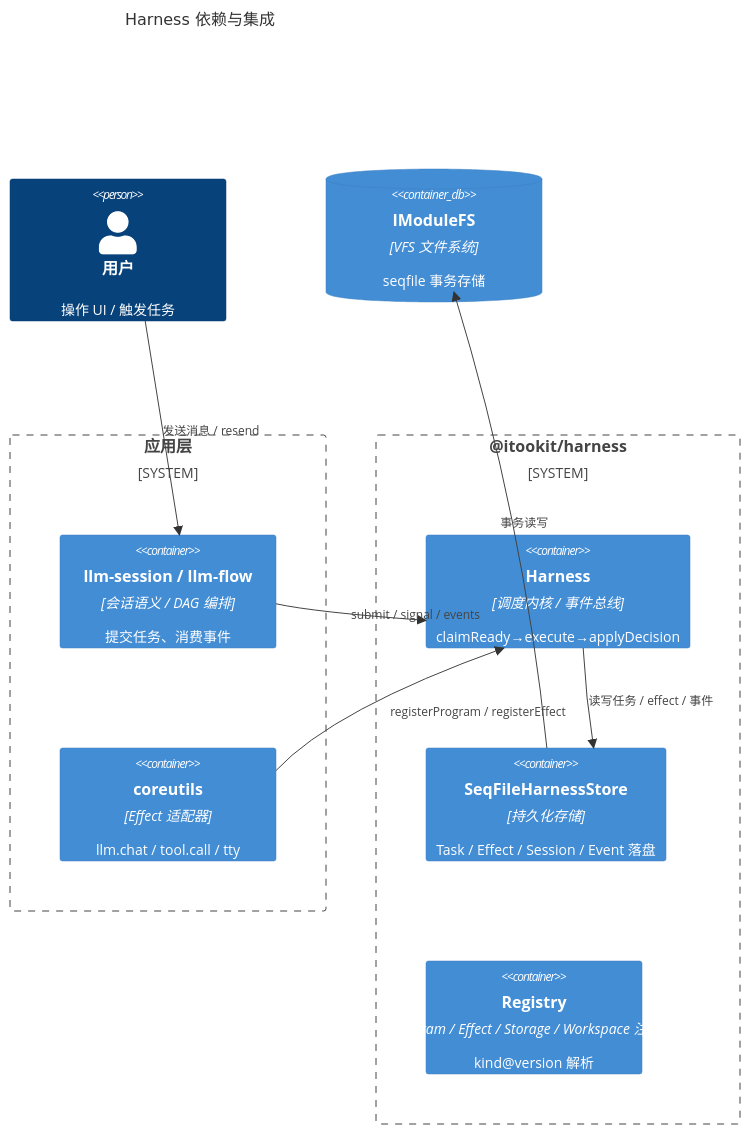
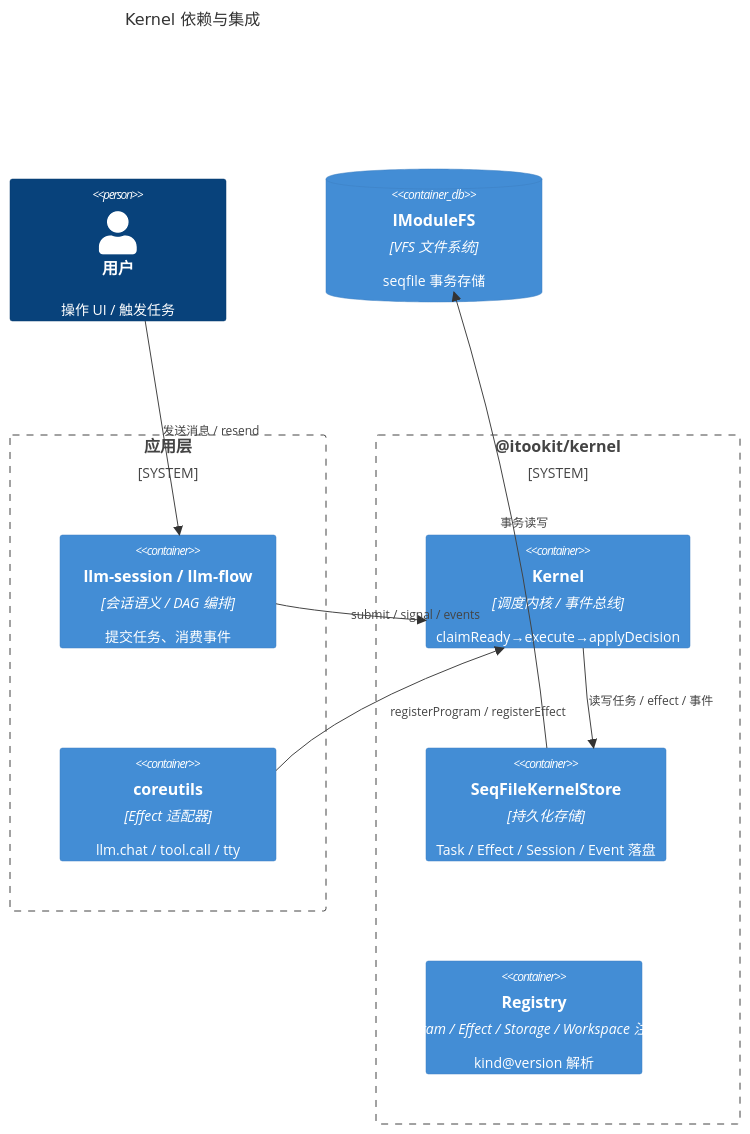
One commit to mushuanli/itookit changed the third of 9 diagrams in doc/feat/harness-design.md. Above: the diagram before and after it, drawn with Mermaid. The commit also changed other lines of this file and 474 other files, not shown here.

````diff
--- a/doc/feat/harness-design.md
+++ b/doc/feat/harness-design.md
@@ -115,22 +115,22 @@
 ```mermaid
 C4Context
-  title Harness 依赖与集成
+  title Kernel 依赖与集成
 
   Person(user, "用户", "操作 UI / 触发任务")
   System_Boundary(app, "应用层") {
     Container(llmconv, "llm-session / llm-flow", "会话语义 / DAG 编排", "提交任务、消费事件")
     Container(coreutils, "coreutils", "Effect 适配器", "llm.chat / tool.call / tty")
   }
-  System_Boundary(harness, "@itookit/harness") {
-    Container(kernel, "Harness", "调度内核 / 事件总线", "claimReady→execute→applyDecision")
-    Container(store, "SeqFileHarnessStore", "持久化存储", "Task / Effect / Session / Event 落盘")
+  System_Boundary(kernel, "@itookit/kernel") {
+    Container(kernel, "Kernel", "调度内核 / 事件总线", "claimReady→execute→applyDecision")
+    Container(store, "SeqFileKernelStore", "持久化存储", "Task / Effect / Session / Event 落盘")
     Container(registry, "Registry", "Program / Effect / Storage / Workspace 注册表", "kind@version 解析")
   }
   ContainerDb(fs, "IModuleFS", "VFS 文件系统", "seqfile 事务存储")
 
   Rel(user, llmconv, "发送消息 / resend")
   Rel(llmconv, kernel, "submit / signal / events")
   Rel(coreutils, kernel, "registerProgram / registerEffect")
   Rel(kernel, store, "读写任务 / effect / 事件")
   Rel(store, fs, "事务读写")
 ```
````
